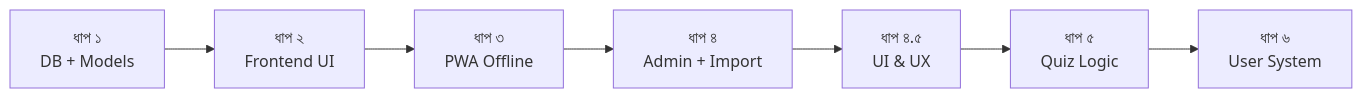
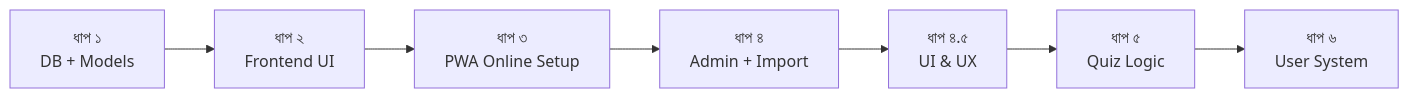
Before and after one commit to Tauhid219/PwaPractice: the diagram in docs/quiz-app-roadmap.md, drawn with Mermaid. The commit also changed other lines of this file and 6 other files, not shown here.

First line of the commit message:
Refactor: Transition PWA to online-only model with offline fallback

````diff
--- a/docs/quiz-app-roadmap.md
+++ b/docs/quiz-app-roadmap.md
@@ -124,9 +125,9 @@
 ```mermaid
 graph LR
     A["ধাপ ১<br>DB + Models"] --> B["ধাপ ২<br>Frontend UI"]
-    B --> C["ধাপ ৩<br>PWA Offline"]
+    B --> C["ধাপ ৩<br>PWA Online Setup"]
     C --> D["ধাপ ৪<br>Admin + Import"]
     D --> D2["ধাপ ৪.৫<br>UI & UX"]
     D2 --> E["ধাপ ৫<br>Quiz Logic"]
     E --> F["ধাপ ৬<br>User System"]
 ```
````
